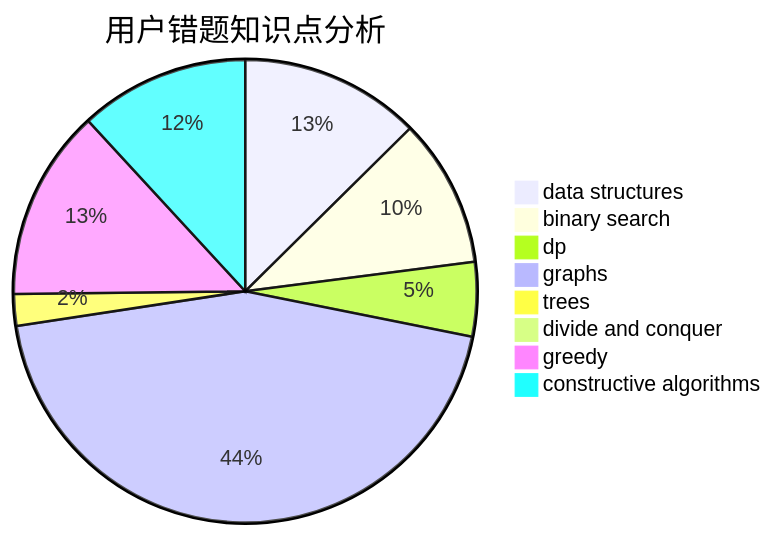
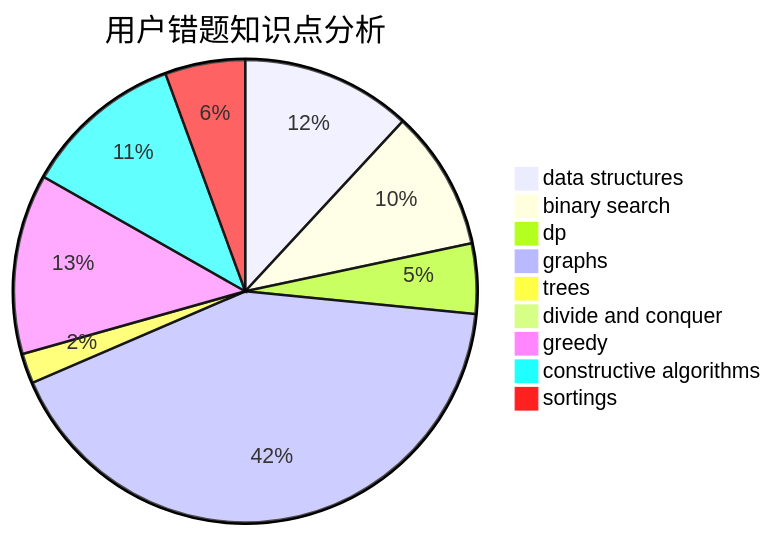
Before and after one commit to sherpahu/cfrs.github.io: the third of 3 diagrams in docs/user/u1600.md, drawn with Mermaid. The commit also changed other lines of this file and 2769 other files, not shown here.

````diff
--- a/docs/user/u1600.md
+++ b/docs/user/u1600.md
@@ -36,11 +32,12 @@
 ```mermaid
 pie title 用户错题知识点分析
     "data structures" :  17
     "binary search" :  14
     "dp" :  7
     "graphs" :  60
     "trees" :  3
     "divide and conquer" :  0
     "greedy" :  18
     "constructive algorithms" :  16
+    "sortings" :  8
 ```
````
